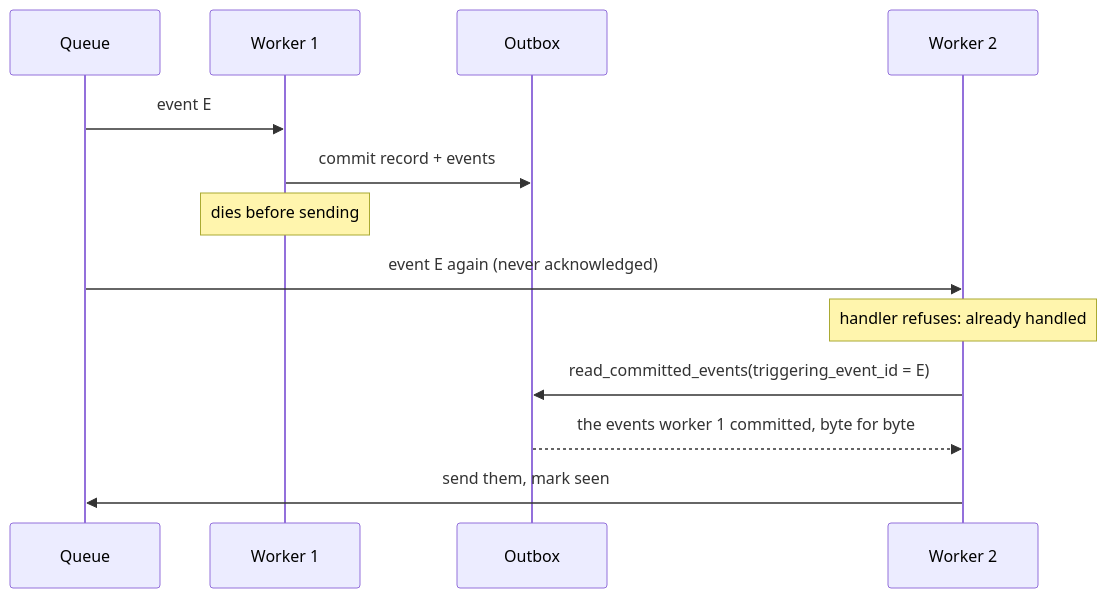
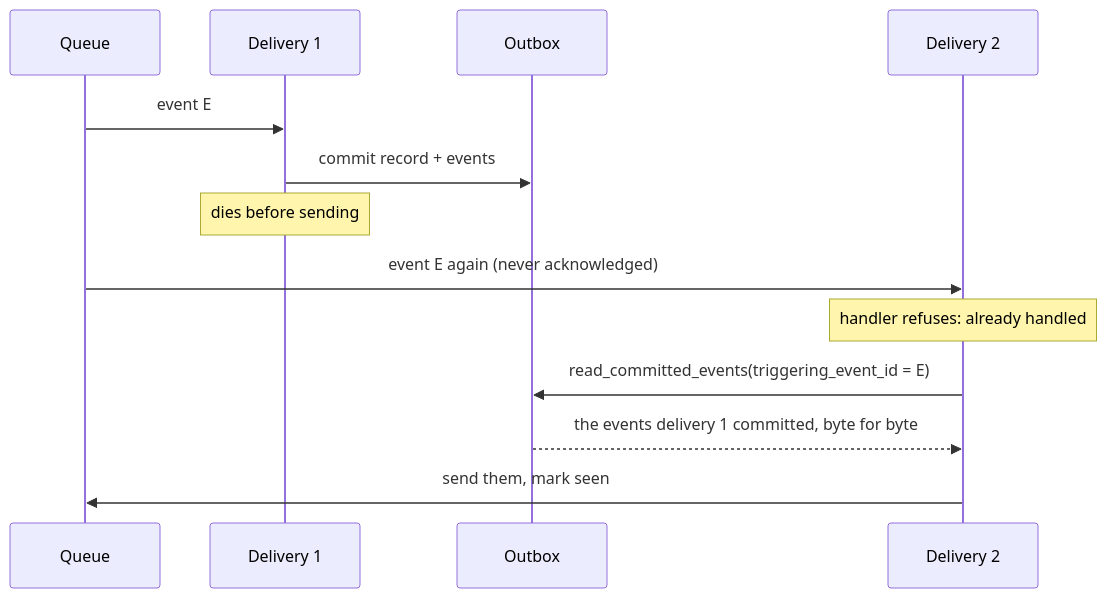
The second of 2 diagrams in docs/adr/019-outbox.md (SaadAhmad123/arvo-core), drawn with Mermaid before and after one commit. The commit also changed other lines of this file and 3 other files, not shown here.

````diff
--- a/docs/adr/019-outbox.md
+++ b/docs/adr/019-outbox.md
@@ -228,15 +229,15 @@
 ```mermaid
 sequenceDiagram
     participant Q as Queue
-    participant W1 as Worker 1
+    participant W1 as Delivery 1
     participant O as Outbox
-    participant W2 as Worker 2
+    participant W2 as Delivery 2
     Q->>W1: event E
     W1->>O: commit record + events
     Note over W1: dies before sending
     Q->>W2: event E again (never acknowledged)
     Note over W2: handler refuses: already handled
     W2->>O: read_committed_events(triggering_event_id = E)
-    O-->>W2: the events worker 1 committed, byte for byte
+    O-->>W2: the events delivery 1 committed, byte for byte
     W2->>Q: send them, mark seen
 ```
````
